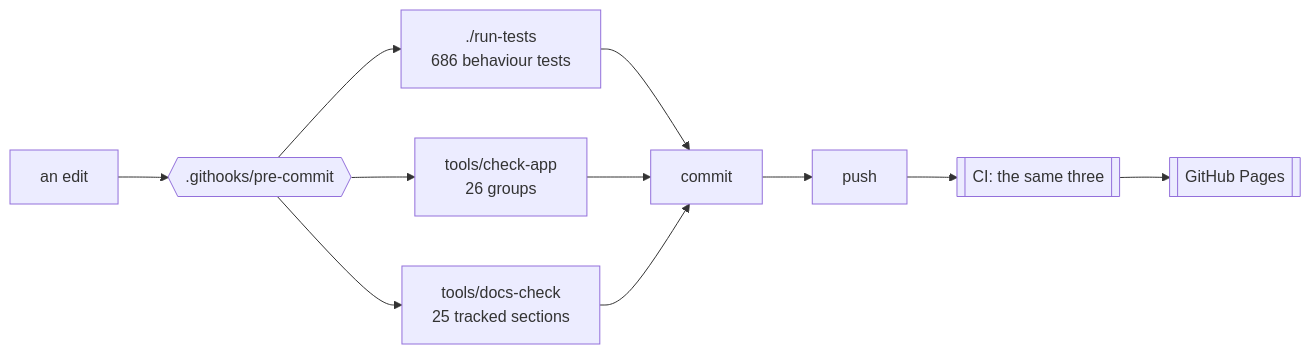
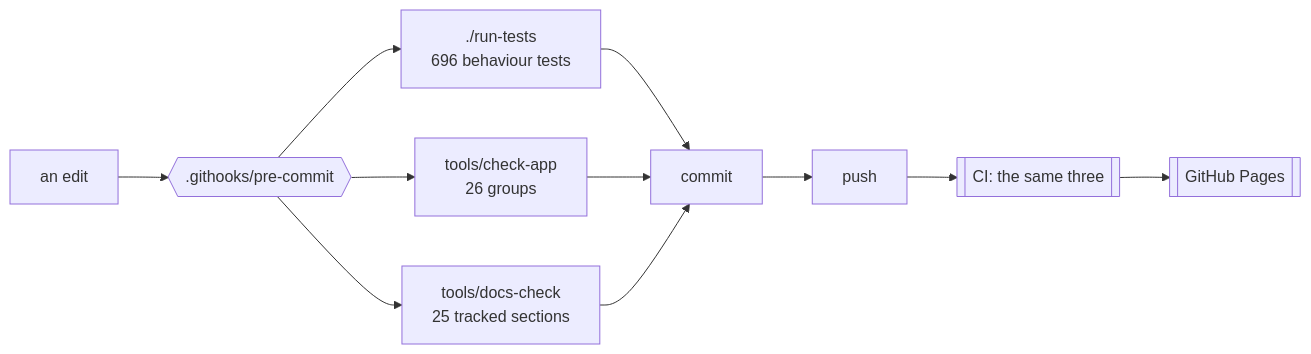
The first of 2 diagrams in docs/DEVELOPING.md (minormending/crystal-pilot-mobile), drawn with Mermaid before and after one commit. The commit also changed other lines of this file and 8 other files, not shown here.

````diff
--- a/docs/DEVELOPING.md
+++ b/docs/DEVELOPING.md
@@ -15,12 +15,12 @@
 ```mermaid
 flowchart LR
     E[an edit] --> H{{".githooks/pre-commit"}}
-    H --> T["./run-tests<br/>686 behaviour tests"]
+    H --> T["./run-tests<br/>696 behaviour tests"]
     H --> C["tools/check-app<br/>26 groups"]
     H --> D["tools/docs-check<br/>25 tracked sections"]
     T --> OK[commit]
     C --> OK
     D --> OK
     OK --> P[push] --> CI[["CI: the same three"]]
     CI --> PG[[GitHub Pages]]
 ```
````
